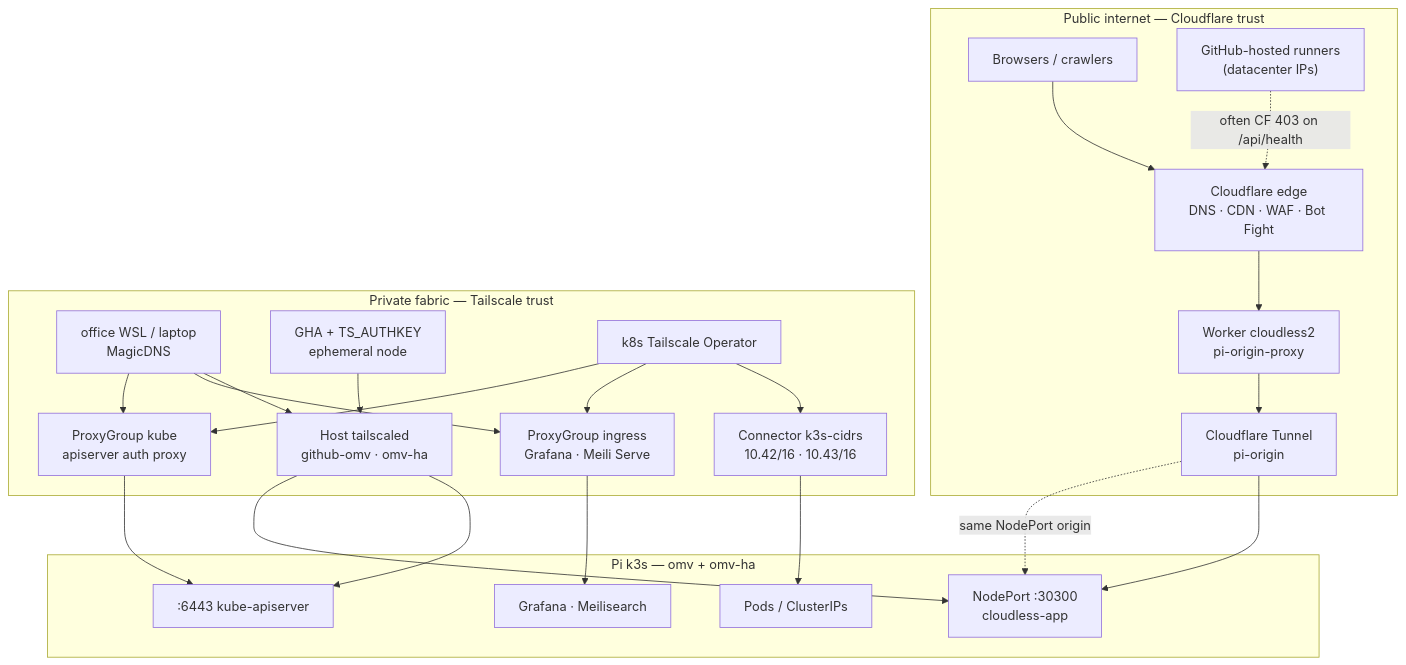
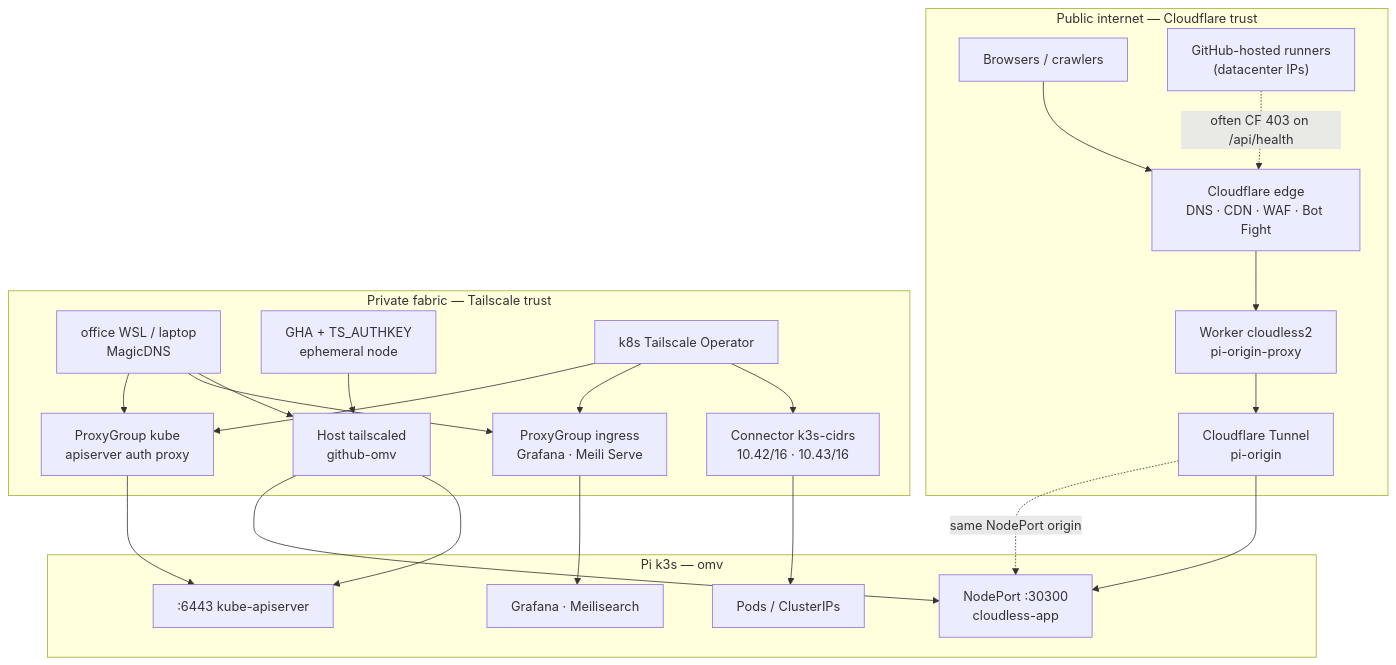
The first of 11 diagrams in docs/cluster/TAILSCALE-FABRIC.md (Themis128/cloudless.gr), drawn with Mermaid before and after one commit. The commit also changed other lines of this file and 2 other files, not shown here.

First line of the commit message:
Update cluster-doctor script and docs to reflect single-node k3s topology.

````diff
--- a/docs/cluster/TAILSCALE-FABRIC.md
+++ b/docs/cluster/TAILSCALE-FABRIC.md
@@ -24,43 +24,43 @@
 ```mermaid
 flowchart TB
   subgraph Public["Public internet — Cloudflare trust"]
     User[Browsers / crawlers]
     GHA_Pub["GitHub-hosted runners<br/>(datacenter IPs)"]
     CF[Cloudflare edge<br/>DNS · CDN · WAF · Bot Fight]
     Wkr["Worker cloudless2<br/>pi-origin-proxy"]
     Tun[Cloudflare Tunnel<br/>pi-origin]
   end
 
   subgraph Fabric["Private fabric — Tailscale trust"]
     Office["office WSL / laptop<br/>MagicDNS"]
     GHA_TS["GHA + TS_AUTHKEY<br/>ephemeral node"]
-    HostTS["Host tailscaled<br/>github-omv · omv-ha"]
+    HostTS["Host tailscaled<br/>github-omv"]
     Op[k8s Tailscale Operator]
     Conn["Connector k3s-cidrs<br/>10.42/16 · 10.43/16"]
     PG_I["ProxyGroup ingress<br/>Grafana · Meili Serve"]
     PG_K["ProxyGroup kube<br/>apiserver auth proxy"]
   end
 
-  subgraph Cluster["Pi k3s — omv + omv-ha"]
+  subgraph Cluster["Pi k3s — omv"]
     API[":6443 kube-apiserver"]
     NP["NodePort :30300<br/>cloudless-app"]
     Pods["Pods / ClusterIPs"]
     GUIs["Grafana · Meilisearch"]
   end
 
   User --> CF --> Wkr --> Tun --> NP
   GHA_Pub -.->|often CF 403 on /api/health| CF
   Office --> HostTS
   Office --> PG_I
   Office --> PG_K
   GHA_TS --> HostTS
   HostTS --> API
   HostTS --> NP
   Op --> Conn
   Op --> PG_I
   Op --> PG_K
   Conn --> Pods
   PG_I --> GUIs
   PG_K --> API
   Tun -.->|same NodePort origin| NP
 ```
````
